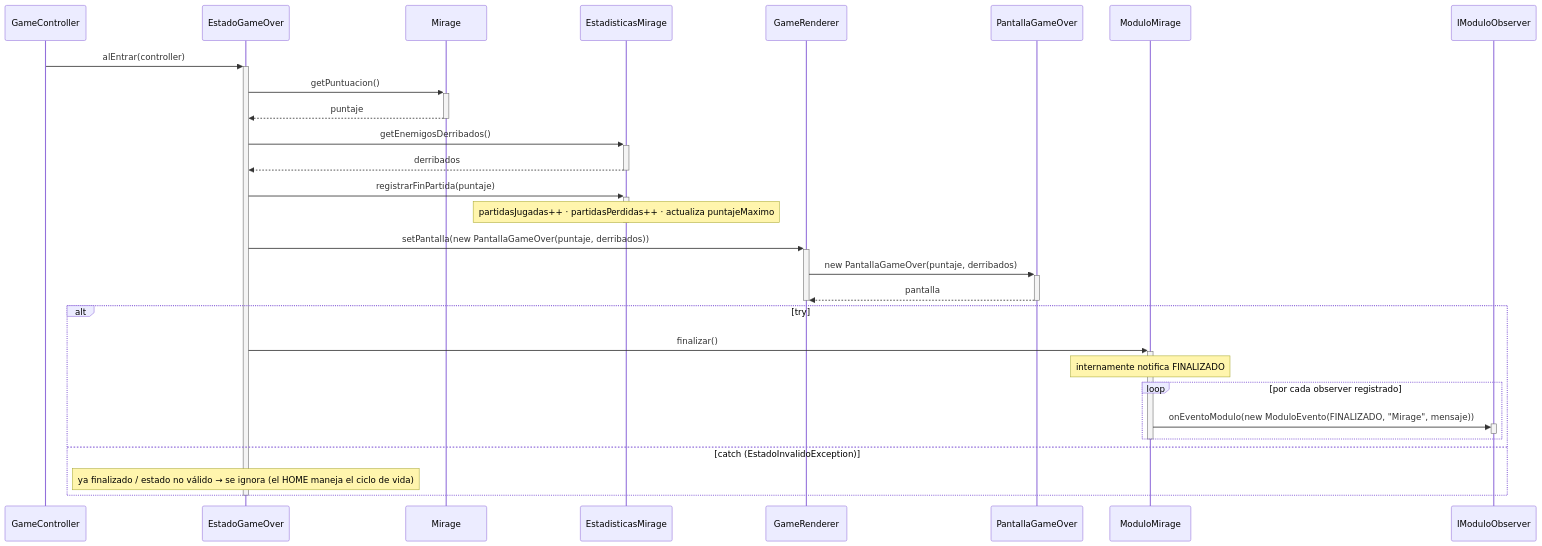
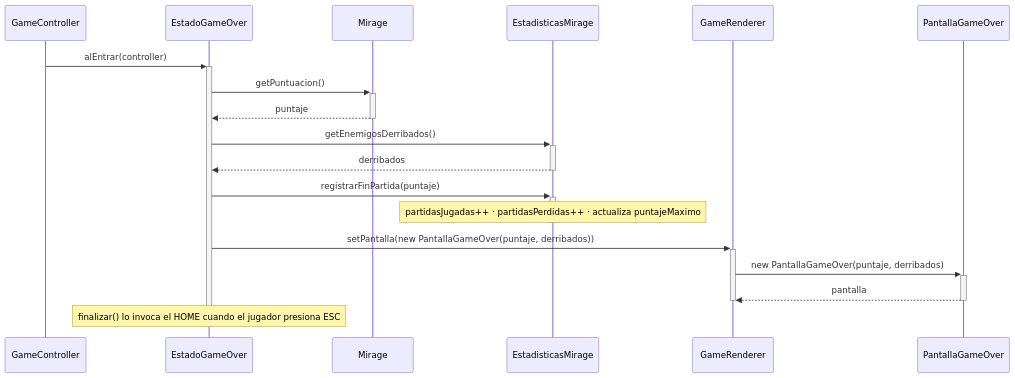
One commit to Christian-Rojas-Rodriguez/juego-1982 changed the eighth of 9 diagrams in docs/v1/analisis/casos-de-uso.md. Above: the diagram before and after it, drawn with Mermaid. The commit also changed other lines of this file and 1 other file, not shown here.

Commit message:
fix(UC-07): no llamar finalizar() desde alEntrar() — HOME lo invoca al presionar ESC
Llamar finalizar() en alEntrar() disparaba el evento FINALIZADO al HOME
inmediatamente, que navegaba al lobby antes de mostrar la pantalla de Game Over.
Ahora el módulo permanece visible hasta que el jugador presione ESC.

````diff
--- a/docs/v1/analisis/casos-de-uso.md
+++ b/docs/v1/analisis/casos-de-uso.md
@@ -399,38 +399,26 @@
 ```mermaid
 sequenceDiagram
     participant GameController
     participant EstadoGameOver
     participant Mirage
     participant EstadisticasMirage
     participant GameRenderer
     participant PantallaGameOver
-    participant ModuloMirage
-    participant IModuloObserver
 
     GameController->>+EstadoGameOver: alEntrar(controller)
     EstadoGameOver->>+Mirage: getPuntuacion()
     Mirage-->>-EstadoGameOver: puntaje
     EstadoGameOver->>+EstadisticasMirage: getEnemigosDerribados()
     EstadisticasMirage-->>-EstadoGameOver: derribados
     EstadoGameOver->>+EstadisticasMirage: registrarFinPartida(puntaje)
     Note over EstadisticasMirage: partidasJugadas++ · partidasPerdidas++ · actualiza puntajeMaximo
     deactivate EstadisticasMirage
 
     EstadoGameOver->>+GameRenderer: setPantalla(new PantallaGameOver(puntaje, derribados))
     GameRenderer->>+PantallaGameOver: new PantallaGameOver(puntaje, derribados)
     PantallaGameOver-->>-GameRenderer: pantalla
     deactivate GameRenderer
 
-    alt try
-        EstadoGameOver->>+ModuloMirage: finalizar()
-        Note over ModuloMirage: internamente notifica FINALIZADO
-        loop por cada observer registrado
-            ModuloMirage->>+IModuloObserver: onEventoModulo(new ModuloEvento(FINALIZADO, "Mirage", mensaje))
-            deactivate IModuloObserver
-        end
-        deactivate ModuloMirage
-    else catch (EstadoInvalidoException)
-        Note over EstadoGameOver: ya finalizado / estado no válido → se ignora (el HOME maneja el ciclo de vida)
-    end
+    Note over EstadoGameOver: finalizar() lo invoca el HOME cuando el jugador presiona ESC
     deactivate EstadoGameOver
 ```
````
